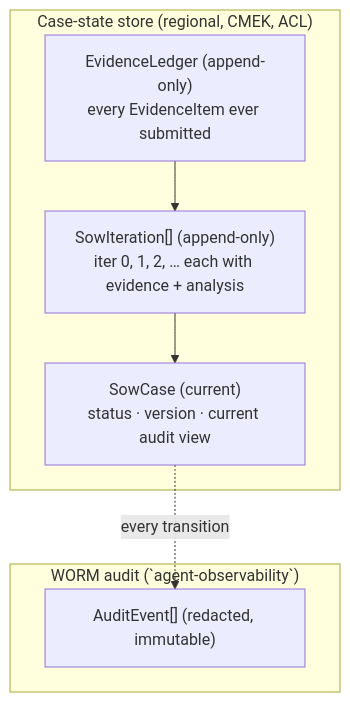
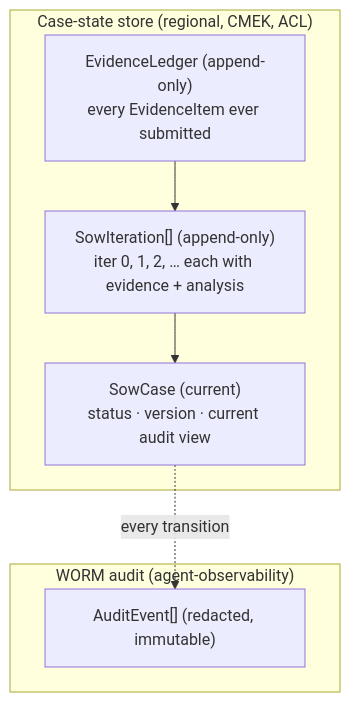
Before and after one commit to portable-genai/cdd-sow-research: the third of 5 diagrams in docs/sow-longitudinal-audit-design.md, drawn with Mermaid. The commit also changed other lines of this file and 24 other files, not shown here.

````diff
--- a/docs/sow-longitudinal-audit-design.md
+++ b/docs/sow-longitudinal-audit-design.md
@@ -186,14 +186,14 @@
 ```mermaid
 flowchart TB
     subgraph durable["Case-state store (regional, CMEK, ACL)"]
         AGG["SowCase (current)<br/>status · version · current audit view"]
         ITERS["SowIteration[] (append-only)<br/>iter 0, 1, 2, … each with evidence + analysis"]
         LEDGER["EvidenceLedger (append-only)<br/>every EvidenceItem ever submitted"]
     end
-    subgraph worm["WORM audit (`agent-observability`)"]
+    subgraph worm["WORM audit (agent-observability)"]
         EV["AuditEvent[] (redacted, immutable)"]
     end
     ITERS --> AGG
     LEDGER --> ITERS
     AGG -.->|every transition| EV
 ```
````
